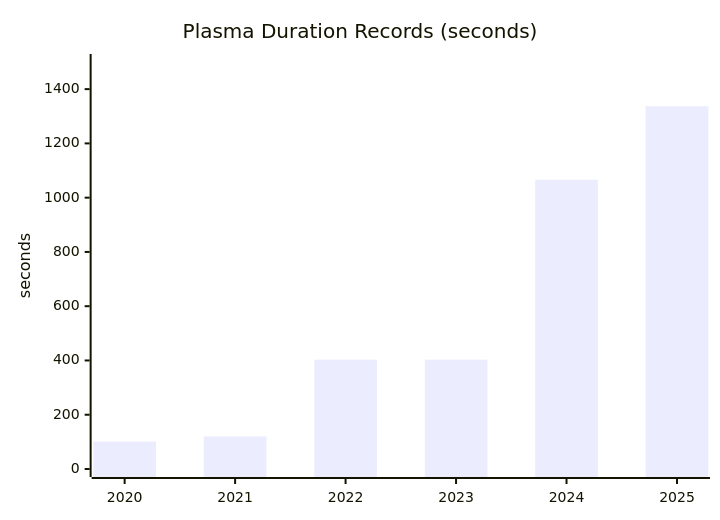
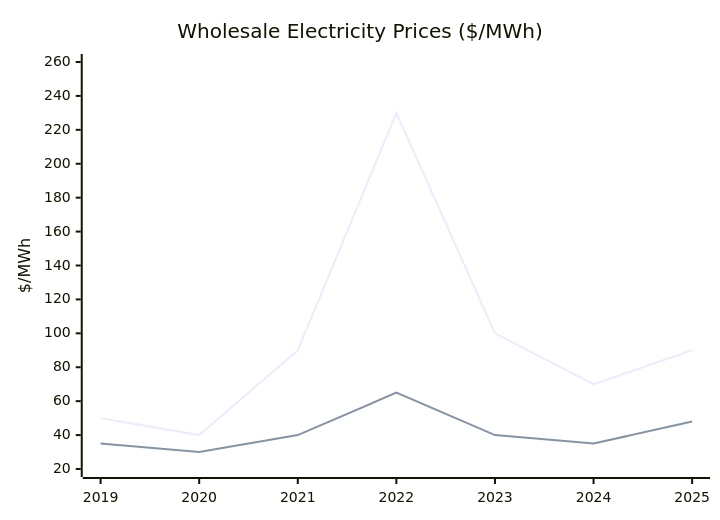
Before and after one commit to pasky/grand-endeavors: the second of 2 diagrams in pilot-2025/fusion.md, drawn with Mermaid. The commit also changed other lines of this file, not shown here.

````diff
--- a/pilot-2025/fusion.md
+++ b/pilot-2025/fusion.md
@@ -148,7 +51,8 @@
 ```mermaid
 xychart-beta
-    title "Plasma Duration Records (seconds)"
-    x-axis [2020, 2021, 2022, 2023, 2024, 2025]
-    y-axis "seconds" 0 --> 1500
-    bar [101, 120, 403, 403, 1066, 1337]
+    title "Wholesale Electricity Prices ($/MWh)"
+    x-axis [2019, 2020, 2021, 2022, 2023, 2024, 2025]
+    y-axis "$/MWh" 20 --> 260
+    line "EU" [50, 40, 90, 230, 100, 70, 90]
+    line "US" [35, 30, 40, 65, 40, 35, 48]
 ```
````
